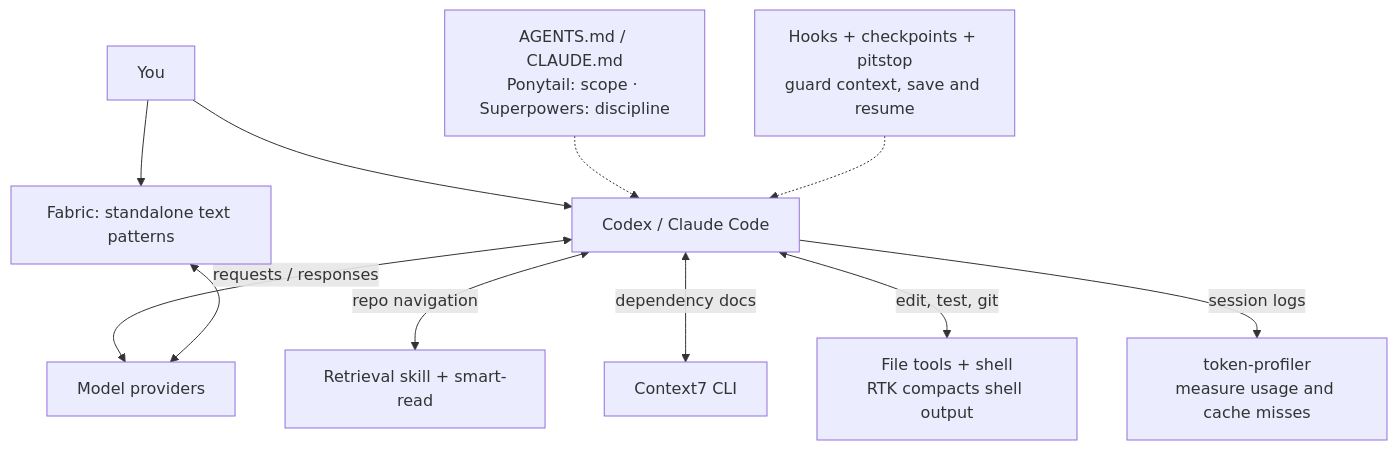
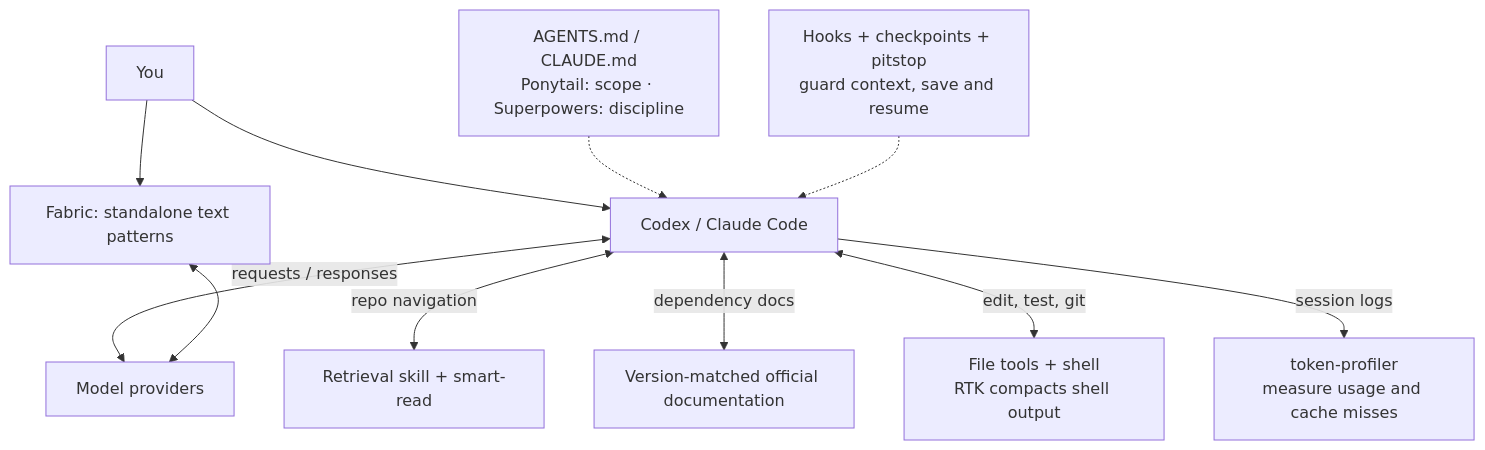
The diagram in llm/TOOLCHAIN.md (fefzoman/dotfiles), drawn with Mermaid before and after one commit. The commit also changed other lines of this file and 12 other files, not shown here.

````diff
--- a/llm/TOOLCHAIN.md
+++ b/llm/TOOLCHAIN.md
@@ -24,16 +23,16 @@
 ```mermaid
 flowchart TB
     user["You"] --> agent["Codex / Claude Code"]
     agent <-->|"requests / responses"| models["Model providers"]
     policy["AGENTS.md / CLAUDE.md<br/>Ponytail: scope · Superpowers: discipline"] -.-> agent
 
     agent <-->|"repo navigation"| code["Retrieval skill + smart-read"]
-    agent <-->|"dependency docs"| docs["Context7 CLI"]
+    agent <-->|"dependency docs"| docs["Version-matched official documentation"]
     agent <-->|"edit, test, git"| shell["File tools + shell<br/>RTK compacts shell output"]
 
     session["Hooks + checkpoints + pitstop<br/>guard context, save and resume"] -.-> agent
     agent -->|"session logs"| profiler["token-profiler<br/>measure usage and cache misses"]
 
     user --> fabric["Fabric: standalone text patterns"]
     fabric <--> models
 ```
````
